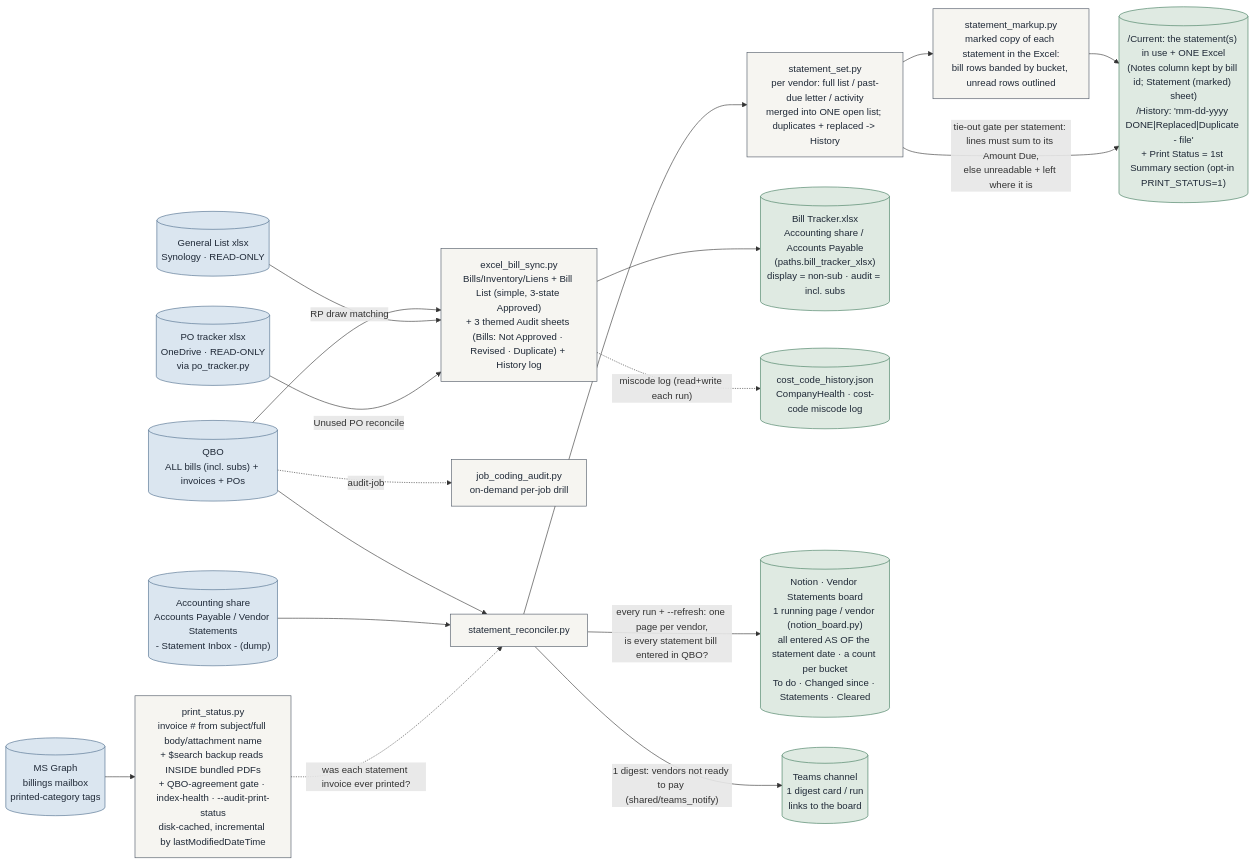
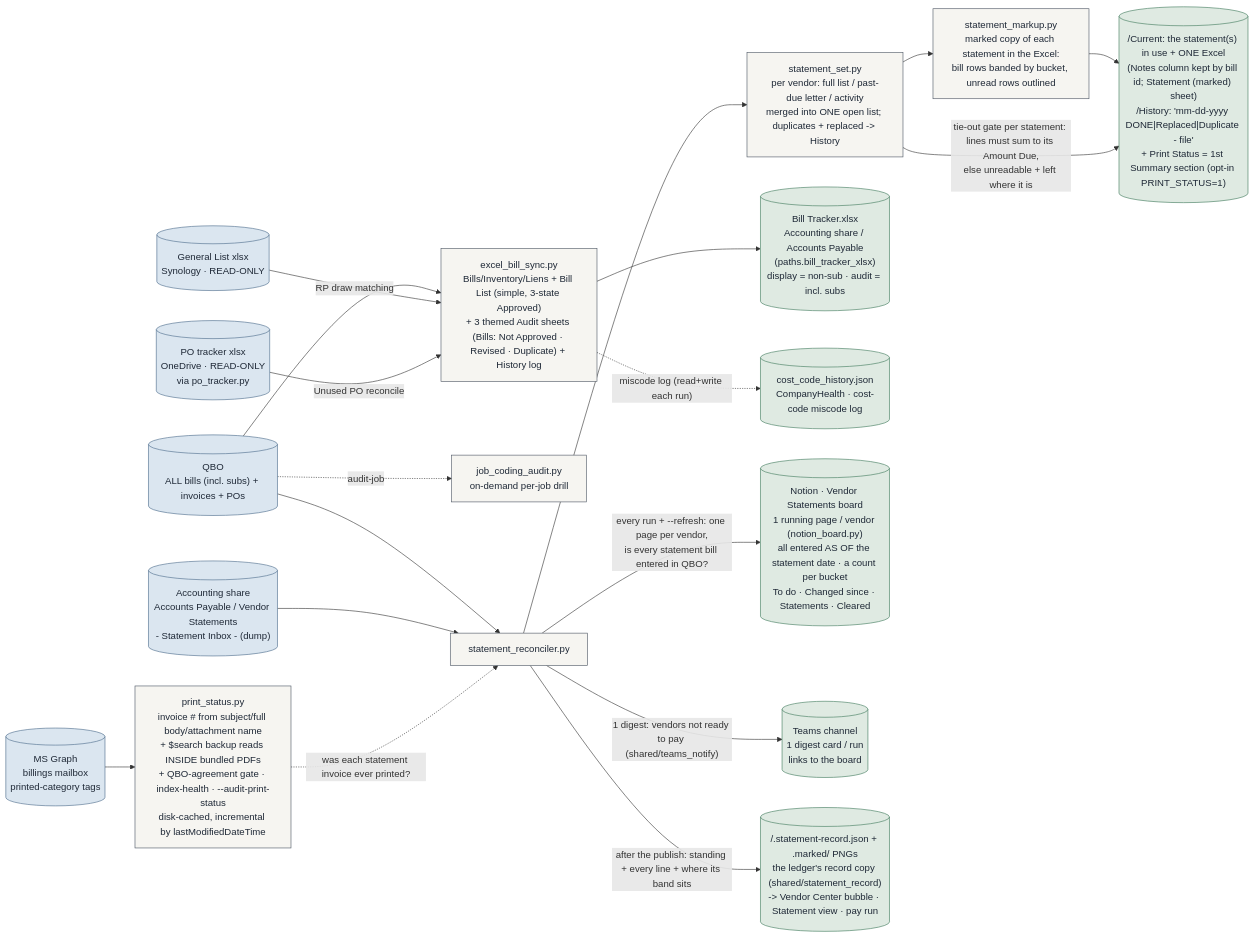
Before and after one commit to Ecarlo-Proficient/Claude-Report: the third of 8 diagrams in docs/ARCHITECTURE.md, drawn with Mermaid. The commit also changed other lines of this file and 15 other files, not shown here.

First line of the commit message:
ledger + statement-reconciler: vendor statements inside the ledger (record copy, bubble, Statement view) + office server monitor

````diff
--- a/docs/ARCHITECTURE.md
+++ b/docs/ARCHITECTURE.md
@@ -273,35 +273,37 @@
 ```mermaid
 flowchart LR
     classDef src fill:#dbe6f0,stroke:#4A6B8A,color:#1f2937
     classDef tool fill:#f6f5f1,stroke:#4b5563,color:#1f2937
     classDef out fill:#dfeae2,stroke:#3E7A5C,color:#1f2937
 
     QBO[("QBO\nALL bills (incl. subs) + invoices + POs")]:::src
     NAS[("Accounting share\nAccounts Payable / Vendor Statements\n- Statement Inbox - (dump)")]:::src
     GL[("General List xlsx\nSynology · READ-ONLY")]:::src
     POT[("PO tracker xlsx\nOneDrive · READ-ONLY\nvia po_tracker.py")]:::src
     MBX[("MS Graph\nbillings mailbox\nprinted-category tags")]:::src
     BT["excel_bill_sync.py\nBills/Inventory/Liens + Bill List (simple, 3-state Approved)\n+ 3 themed Audit sheets (Bills: Not Approved · Revised · Duplicate) + History log"]:::tool
     JCA["job_coding_audit.py\non-demand per-job drill"]:::tool
     SR["statement_reconciler.py"]:::tool
     SS["statement_set.py\nper vendor: full list / past-due letter / activity\nmerged into ONE open list; duplicates + replaced -> History"]:::tool
     SM["statement_markup.py\nmarked copy of each statement in the Excel:\nbill rows banded by bucket, unread rows outlined"]:::tool
     PS["print_status.py\ninvoice # from subject/full body/attachment name\n+ $search backup reads INSIDE bundled PDFs\n+ QBO-agreement gate · index-health · --audit-print-status\ndisk-cached, incremental by lastModifiedDateTime"]:::tool
     BX[("Bill Tracker.xlsx\nAccounting share / Accounts Payable\n(paths.bill_tracker_xlsx)\ndisplay = non-sub · audit = incl. subs")]:::out
     CCH[("cost_code_history.json\nCompanyHealth · cost-code miscode log")]:::out
     RX[("<Vendor>/Current: the statement(s) in use + ONE Excel\n(Notes column kept by bill id; Statement (marked) sheet)\n<Vendor>/History: 'mm-dd-yyyy DONE|Replaced|Duplicate - file'\n+ Print Status = 1st Summary section (opt-in PRINT_STATUS=1)")]:::out
     NB[("Notion · Vendor Statements board\n1 running page / vendor (notion_board.py)\nall entered AS OF the statement date · a count per bucket\nTo do · Changed since · Statements · Cleared")]:::out
     TEAMS[("Teams channel\n1 digest card / run\nlinks to the board")]:::out
+    LREC[("<Vendor>/.statement-record.json + .marked/ PNGs\nthe ledger's record copy (shared/statement_record)\n-> Vendor Center bubble · Statement view · pay run")]:::out
 
     QBO --> BT --> BX
     BT -. "miscode log (read+write each run)" .-> CCH
     QBO -. "audit-job" .-> JCA
     GL -- "RP draw matching" --> BT
     POT -- "Unused PO reconcile" --> BT
     QBO --> SR
     SS --> SM --> RX
     NAS --> SR --> SS -- "tie-out gate per statement: lines must sum to its Amount Due,\nelse unreadable + left where it is" --> RX
     SR -- "every run + --refresh: one page per vendor,\nis every statement bill entered in QBO?" --> NB
     SR -- "1 digest: vendors not ready to pay (shared/teams_notify)" --> TEAMS
+    SR -- "after the publish: standing + every line + where its band sits" --> LREC
     MBX --> PS -. "was each statement invoice ever printed?" .-> SR
 ```
````
